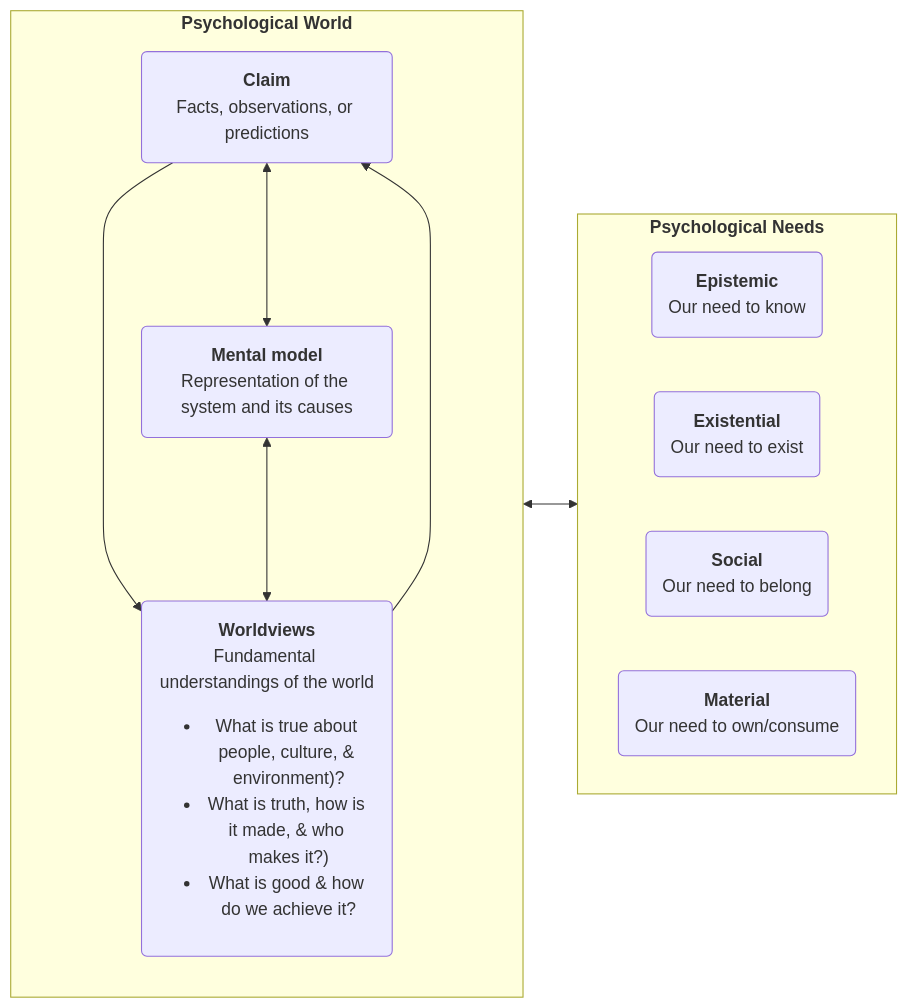
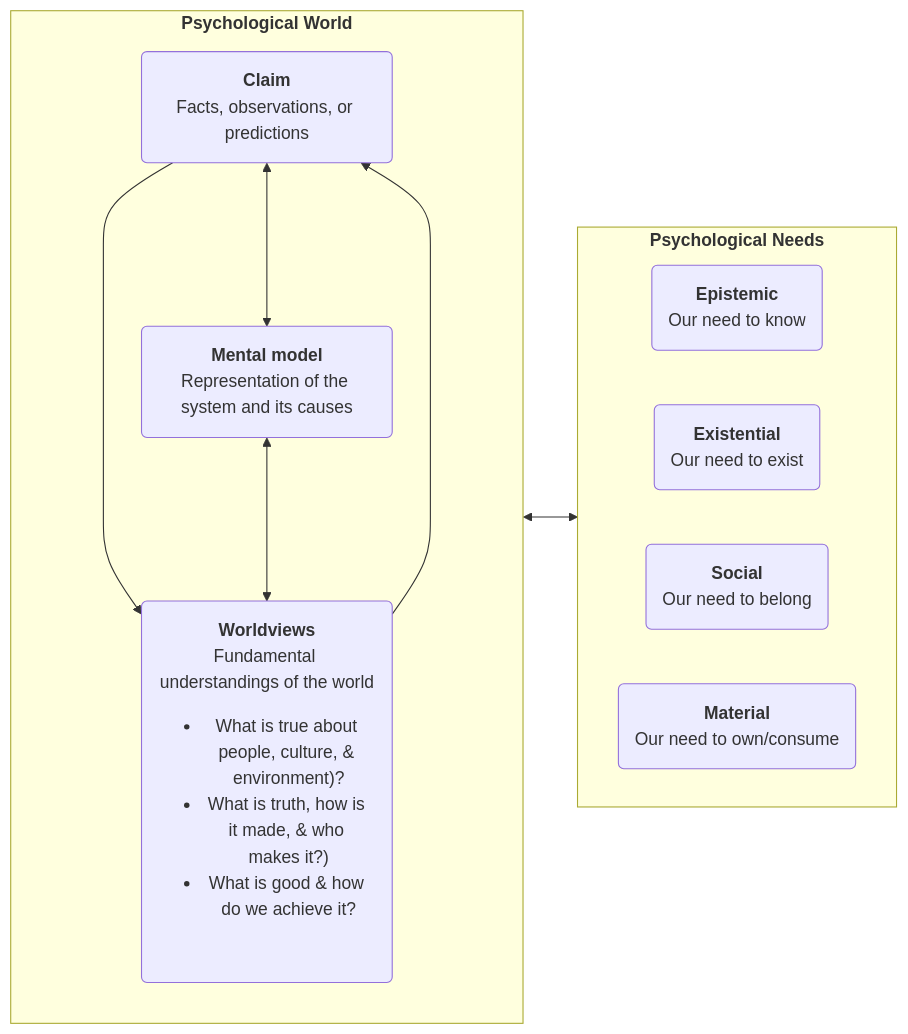
One commit to matt-lab/2023-05-26_rejection-of-science changed the seventh of 8 diagrams in workshop.qmd. Above: the diagram before and after it, drawn with Mermaid. The commit also changed other lines of this file and 2 other files, not shown here.

````diff
--- a/workshop.qmd
+++ b/workshop.qmd
@@ -486,21 +463,22 @@
 ```{mermaid}
 %%| mermaid-format: svg
 %%| fig-height: 1000px
+%%| fig-width: 1900px
 flowchart LR
   subgraph world["<b>Psychological World</b>"]
     direction TB
     A(<p><b>Claim</b>\nFacts, observations, or predictions</p>)
     B(<p><b>Mental model</b>\nRepresentation of the system and its causes</p>)
-    C("<p><b>Worldviews</b>\nFundamental understandings of the world<ul><li>What is true about people, culture, & environment)?</li><li>What is truth, how is it made, & who makes it?)</li><li>What is good & how do we achieve it?</li></ul></p>")
+    C("<p><b>Worldviews</b>\nFundamental understandings of the world<ul><li>What is true about people, culture, & environment)?</li><li>What is truth, how is it made, & who makes it?)</li><li>What is good & how do we achieve it?</li><br/></ul></p>")
     C ---> A ---> C
     A <---> B <---> C
   end
   subgraph needs["<b>Psychological Needs</b>"]
     direction LR
     D("<p><b>Epistemic</b>\nOur need to know</p>")
     E("<p><b>Existential</b>\nOur need to exist</p>")
     F("<p><b>Social</b>\nOur need to belong</p>")
     G("<p><b>Material</b>\nOur need to own/consume</p>")
   end
   world <--> needs
 ```
````
